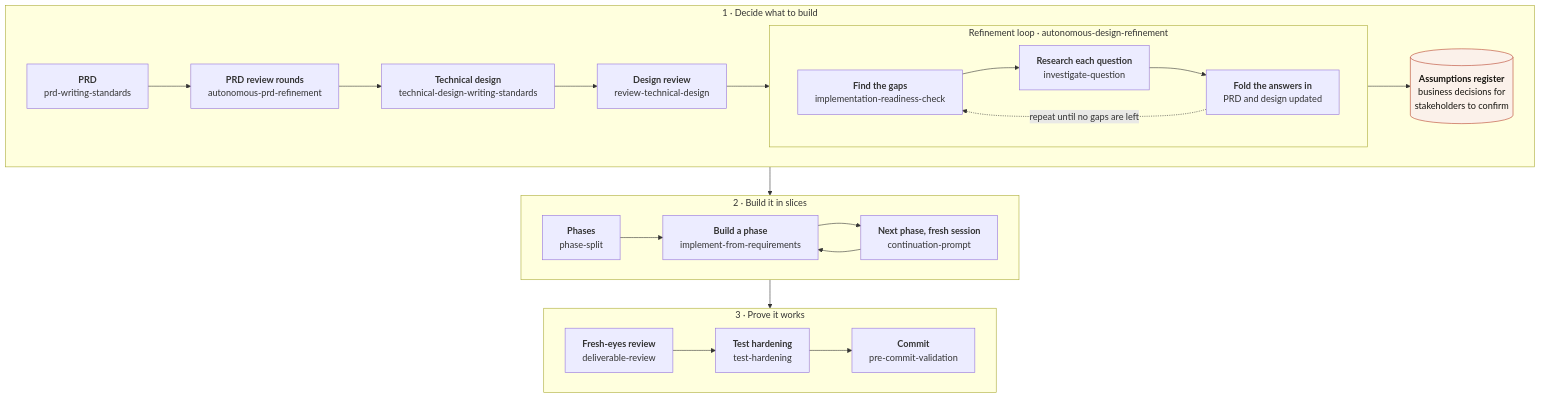
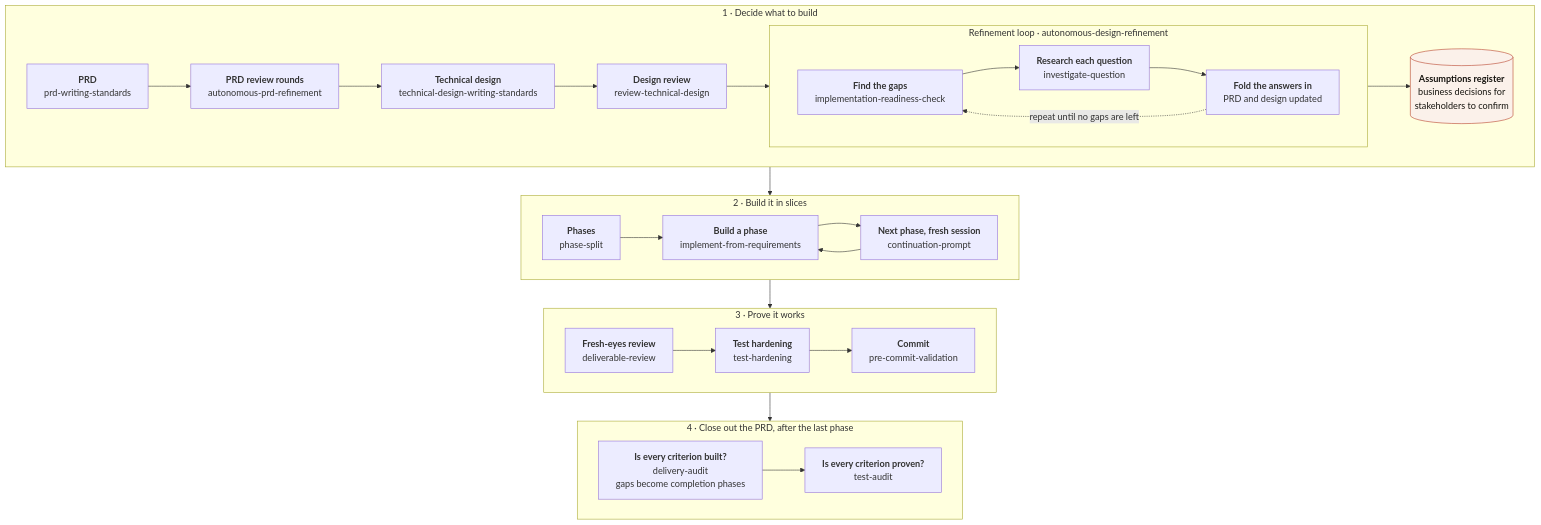
Before and after one commit to EnsoDynamics/enso-method: the diagram in README.md, drawn with Mermaid. The commit also changed other lines of this file and 15 other files, not shown here.

First line of the commit message:
feat(delivery-audit): close out a split PRD with a delivery audit, then the test audit

````diff
--- a/README.md
+++ b/README.md
@@ -71,31 +74,35 @@
 ```mermaid
 %%{init: {"flowchart": {"wrappingWidth": 280}}}%%
 flowchart TD
   subgraph decide["1 · Decide what to build"]
     direction LR
     prd["<b>PRD</b><br/>prd-writing-standards"] --> prdref["<b>PRD review rounds</b><br/>autonomous-prd-refinement"]
     prdref --> design["<b>Technical design</b><br/>technical-design-writing-standards"]
     design --> dreview["<b>Design review</b><br/>review-technical-design"]
     subgraph refine["Refinement loop · autonomous-design-refinement"]
       direction LR
       gaps["<b>Find the gaps</b><br/>implementation-readiness-check"] --> research["<b>Research each question</b><br/>investigate-question"]
       research --> fold["<b>Fold the answers in</b><br/>PRD and design updated"]
       fold -. "repeat until no gaps are left" .-> gaps
     end
     dreview --> gaps
     fold --> assumptions[("<b>Assumptions register</b><br/>business decisions for<br/>stakeholders to confirm")]
   end
   subgraph build["2 · Build it in slices"]
     direction LR
     split["<b>Phases</b><br/>phase-split"] --> impl["<b>Build a phase</b><br/>implement-from-requirements"]
     impl --> next["<b>Next phase, fresh session</b><br/>continuation-prompt"]
     next --> impl
   end
   subgraph prove["3 · Prove it works"]
     direction LR
     dr["<b>Fresh-eyes review</b><br/>deliverable-review"] --> th["<b>Test hardening</b><br/>test-hardening"] --> pc["<b>Commit</b><br/>pre-commit-validation"]
   end
-  decide --> build --> prove
+  subgraph close["4 · Close out the PRD, after the last phase"]
+    direction LR
+    da["<b>Is every criterion built?</b><br/>delivery-audit<br/>gaps become completion phases"] --> ta["<b>Is every criterion proven?</b><br/>test-audit"]
+  end
+  decide --> build --> prove --> close
   classDef doc fill:#fbf1ea,stroke:#b63e28,color:#16140f
   class assumptions doc
 ```
````
